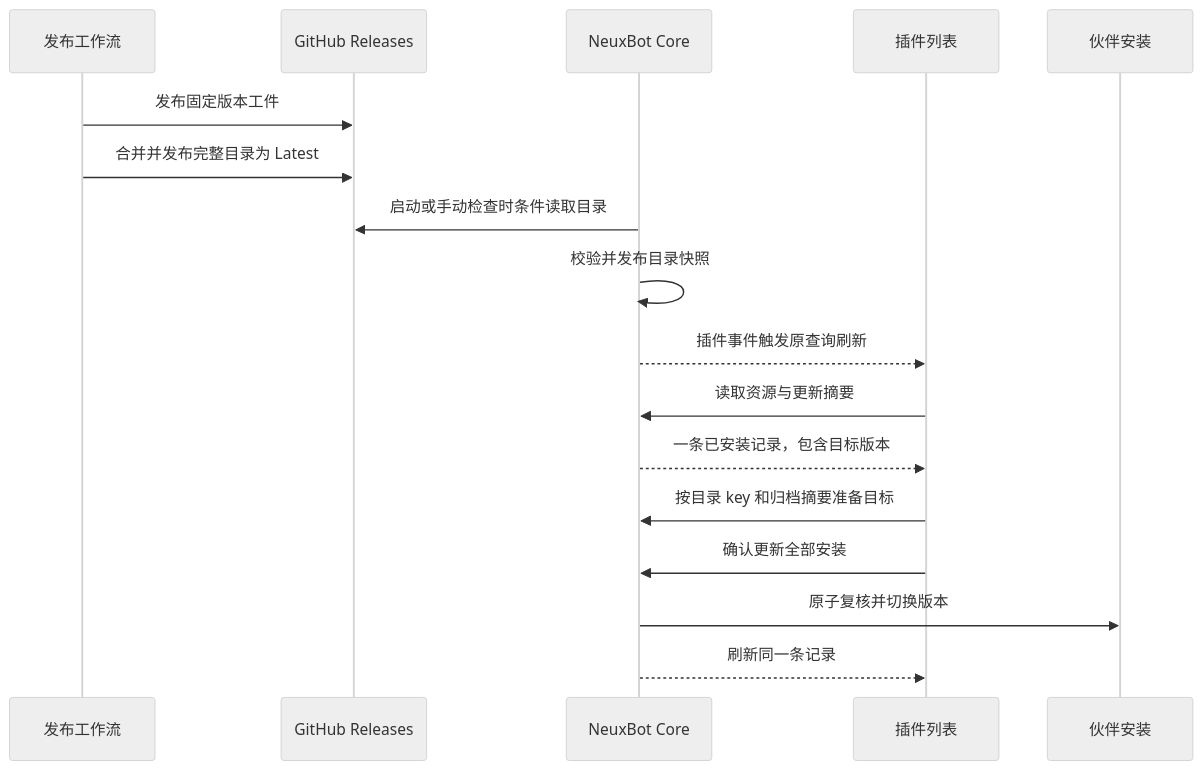
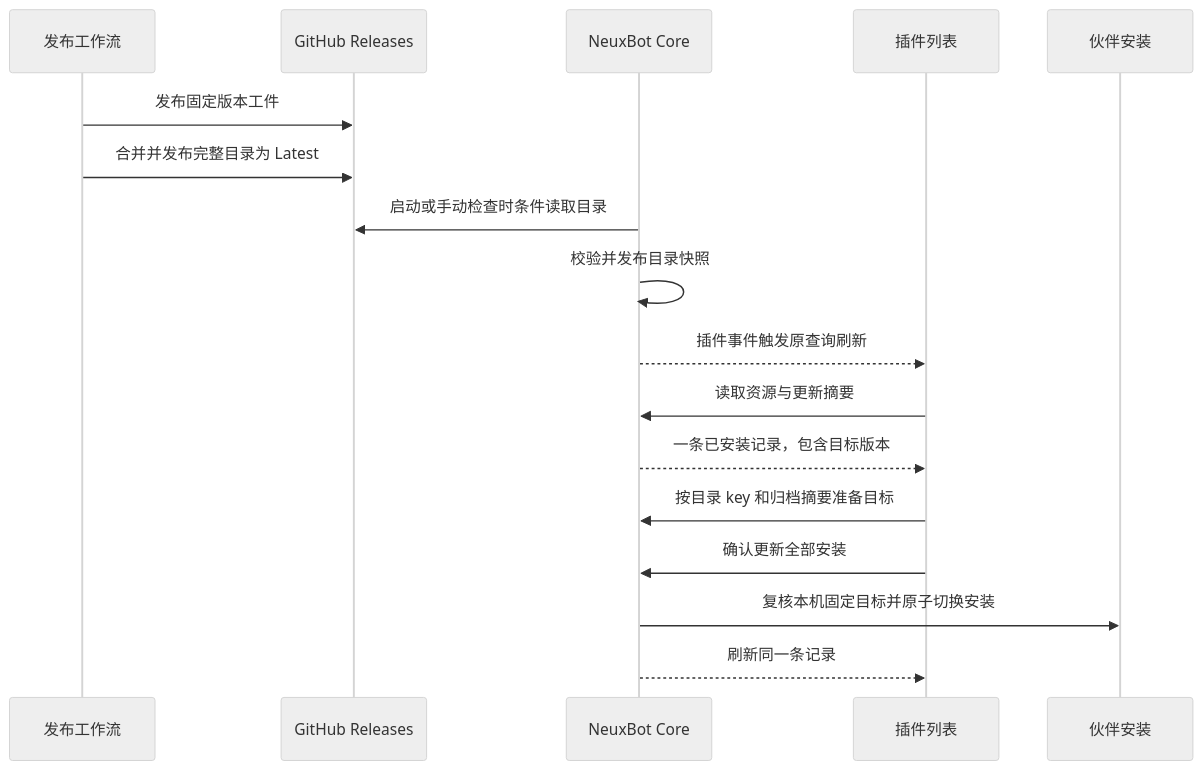
One commit to JieWaZi/NeuxBot changed the diagram in docs/superpowers/specs/2026-11-11-independent-plugin-releases-design.md. Above: the diagram before and after it, drawn with Mermaid (neutral theme). The commit also changed other lines of this file and 72 other files, not shown here.

````diff
--- a/docs/superpowers/specs/2026-11-11-independent-plugin-releases-design.md
+++ b/docs/superpowers/specs/2026-11-11-independent-plugin-releases-design.md
@@ -35,20 +35,20 @@
 ```mermaid
 sequenceDiagram
     participant Action as 发布工作流
     participant GitHub as GitHub Releases
     participant Core as NeuxBot Core
     participant UI as 插件列表
     participant Store as 伙伴安装
 
     Action->>GitHub: 发布固定版本工件
     Action->>GitHub: 合并并发布完整目录为 Latest
     Core->>GitHub: 启动或手动检查时条件读取目录
     Core->>Core: 校验并发布目录快照
     Core-->>UI: 插件事件触发原查询刷新
     UI->>Core: 读取资源与更新摘要
     Core-->>UI: 一条已安装记录，包含目标版本
     UI->>Core: 按目录 key 和归档摘要准备目标
     UI->>Core: 确认更新全部安装
-    Core->>Store: 原子复核并切换版本
+    Core->>Store: 复核本机固定目标并原子切换安装
     Core-->>UI: 刷新同一条记录
 ```
````
